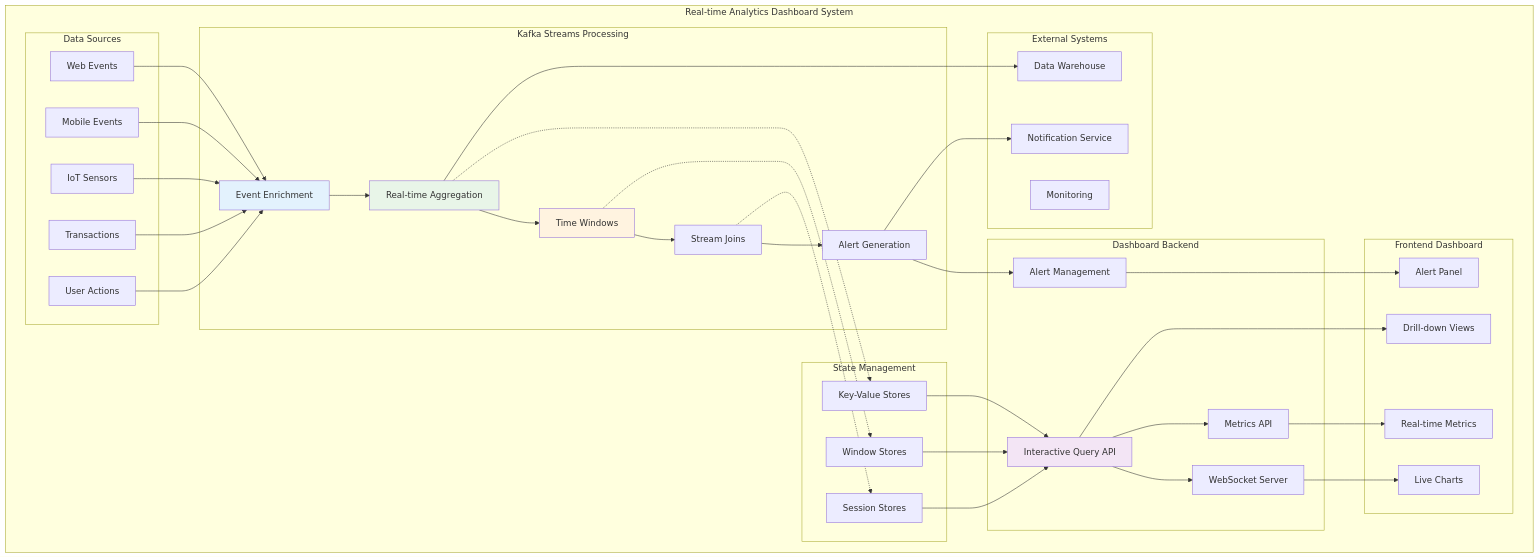
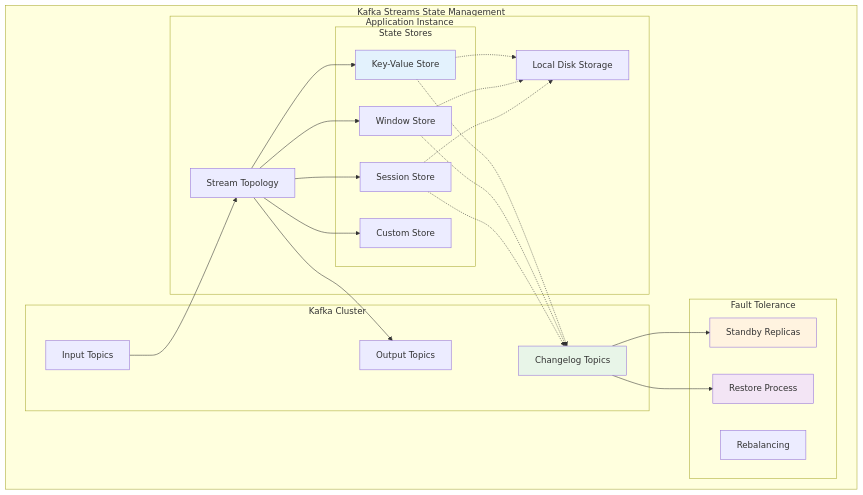
Before and after one commit to vorrawut/KafkaStarter: the diagram in class/modules/lesson_17/concept.md, drawn with Mermaid. The commit also changed other lines of this file and 204 other files, not shown here.

````diff
--- a/class/modules/lesson_17/concept.md
+++ b/class/modules/lesson_17/concept.md
@@ -13,82 +14,53 @@
 ```mermaid
 graph TB
-    subgraph "Real-time Analytics Dashboard System"
-        subgraph "Data Sources"
-            WEB_EVENTS[Web Events]
-            MOBILE_EVENTS[Mobile Events]
-            IOT_SENSORS[IoT Sensors]
-            TRANSACTION[Transactions]
-            USER_ACTIONS[User Actions]
+    subgraph "Kafka Streams State Management"
+        subgraph "Application Instance"
+            TOPOLOGY[Stream Topology]
+            
+            subgraph "State Stores"
+                KV_STORE[Key-Value Store]
+                WINDOW_STORE[Window Store]
+                SESSION_STORE[Session Store]
+                CUSTOM_STORE[Custom Store]
+            end
+            
+            LOCAL_DISK[Local Disk Storage]
         end
         
-        subgraph "Kafka Streams Processing"
-            ENRICHMENT[Event Enrichment]
-            AGGREGATION[Real-time Aggregation]
-            WINDOWING[Time Windows]
-            JOINS[Stream Joins]
-            ALERTS[Alert Generation]
+        subgraph "Kafka Cluster"
+            CHANGELOG[Changelog Topics]
+            INPUT_TOPICS[Input Topics]
+            OUTPUT_TOPICS[Output Topics]
         end
         
-        subgraph "State Management"
-            KV_STORES[Key-Value Stores]
-            WINDOW_STORES[Window Stores]
-            SESSION_STORES[Session Stores]
-        end
-        
-        subgraph "Dashboard Backend"
-            QUERY_API[Interactive Query API]
-            WEBSOCKET[WebSocket Server]
-            METRICS_API[Metrics API]
-            ALERT_API[Alert Management]
-        end
-        
-        subgraph "Frontend Dashboard"
-            LIVE_CHARTS[Live Charts]
-            REAL_TIME_METRICS[Real-time Metrics]
-            ALERT_PANEL[Alert Panel]
-            DRILL_DOWN[Drill-down Views]
-        end
-        
-        subgraph "External Systems"
-            NOTIFICATION[Notification Service]
-            STORAGE[Data Warehouse]
-            MONITORING[Monitoring]
+        subgraph "Fault Tolerance"
+            STANDBY[Standby Replicas]
+            RESTORE[Restore Process]
+            REBALANCE[Rebalancing]
         end
     end
     
-    WEB_EVENTS --> ENRICHMENT
-    MOBILE_EVENTS --> ENRICHMENT
-    IOT_SENSORS --> ENRICHMENT
-    TRANSACTION --> ENRICHMENT
-    USER_ACTIONS --> ENRICHMENT
+    TOPOLOGY --> KV_STORE
+    TOPOLOGY --> WINDOW_STORE
+    TOPOLOGY --> SESSION_STORE
+    TOPOLOGY --> CUSTOM_STORE
     
-    ENRICHMENT --> AGGREGATION
-    AGGREGATION --> WINDOWING
-    WINDOWING --> JOINS
-    JOINS --> ALERTS
+    KV_STORE -.-> LOCAL_DISK
+    WINDOW_STORE -.-> LOCAL_DISK
+    SESSION_STORE -.-> LOCAL_DISK
     
-    AGGREGATION -.-> KV_STORES
-    WINDOWING -.-> WINDOW_STORES
-    JOINS -.-> SESSION_STORES
+    KV_STORE -.-> CHANGELOG
+    WINDOW_STORE -.-> CHANGELOG
+    SESSION_STORE -.-> CHANGELOG
     
-    KV_STORES --> QUERY_API
-    WINDOW_STORES --> QUERY_API
-    SESSION_STORES --> QUERY_API
+    CHANGELOG --> STANDBY
+    CHANGELOG --> RESTORE
     
-    QUERY_API --> WEBSOCKET
-    WEBSOCKET --> LIVE_CHARTS
-    QUERY_API --> METRICS_API
-    METRICS_API --> REAL_TIME_METRICS
+    INPUT_TOPICS --> TOPOLOGY
+    TOPOLOGY --> OUTPUT_TOPICS
     
-    ALERTS --> ALERT_API
-    ALERT_API --> ALERT_PANEL
-    ALERTS --> NOTIFICATION
-    
-    AGGREGATION --> STORAGE
-    QUERY_API --> DRILL_DOWN
-    
-    style ENRICHMENT fill:#e3f2fd
-    style AGGREGATION fill:#e8f5e8
-    style WINDOWING fill:#fff3e0
-    style QUERY_API fill:#f3e5f5
+    style KV_STORE fill:#e3f2fd
+    style CHANGELOG fill:#e8f5e8
+    style STANDBY fill:#fff3e0
+    style RESTORE fill:#f3e5f5
 ```
````
